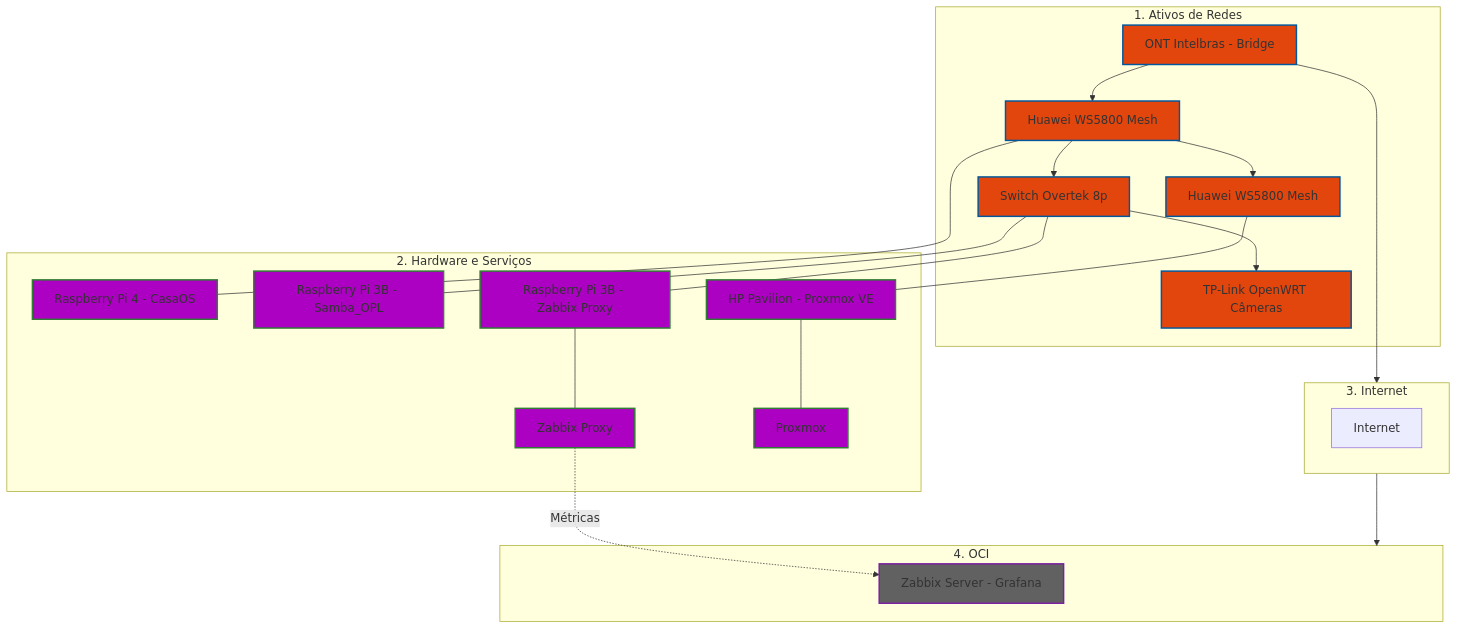
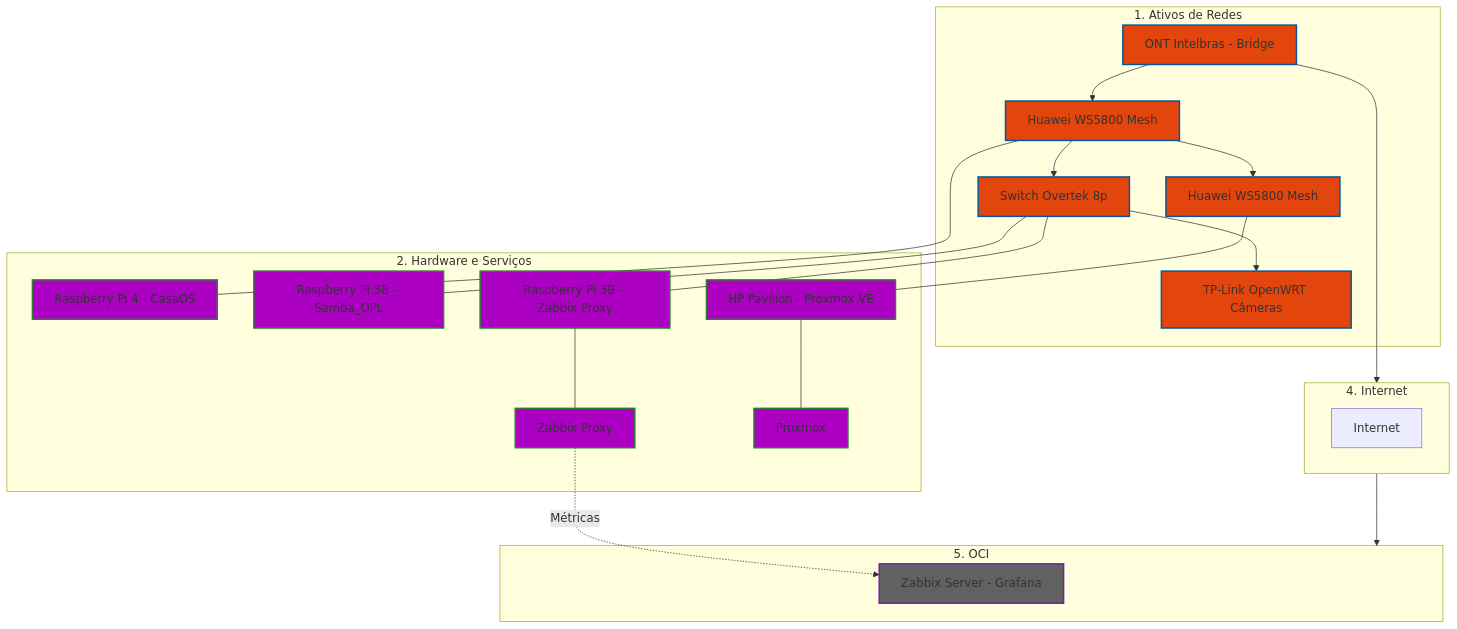
Before and after one commit to kevindexter22/Dr-Hardware-Autonet: the diagram in Infraestructure/README.md, drawn with Mermaid.

````diff
--- a/Infraestructure/README.md
+++ b/Infraestructure/README.md
@@ -13,46 +13,46 @@
 ```mermaid
 graph TD
     %% Estilos
     classDef rede fill:#e3460d,stroke:#01579b,stroke-width:2px;
     classDef hardware fill:#AC00C2,stroke:#2e7d32,stroke-width:2px;
     classDef internet fill:#fff3e0,stroke:#ef6c00,stroke-width:2px,stroke-dasharray: 5 5;
     classDef oci fill:#616161,stroke:#7b1fa2,stroke-width:2px;
 
     %% 1. ATIVOS DE REDE
     subgraph S1 [1. Ativos de Redes]
         ONT[ONT Intelbras - Bridge]:::rede --> R_Mesh1[Huawei WS5800 Mesh]:::rede
         R_Mesh1 --> R_Mesh2[Huawei WS5800 Mesh]:::rede
         R_Mesh1 --> SW1[Switch Overtek 8p]:::rede
         SW1 --> R_Cams[TP-Link OpenWRT Câmeras]:::rede
     end
 
     %% 2. HARDWARE E SERVIÇOS
     subgraph S2 [2. Hardware e Serviços]
         R_Mesh1 --- RPi4[Raspberry Pi 4 - CasaOS]:::hardware
         SW1 --- RPi3_1[Raspberry Pi 3B - Samba_OPL]:::hardware
         SW1 --- RPi3_2[Raspberry Pi 3B - Zabbix Proxy]:::hardware
         R_Mesh2 --- HP[HP Pavilion - Proxmox VE]:::hardware
         
         
         RPi3_2 --- ZP[Zabbix Proxy]:::hardware
         HP --- PVE[Proxmox]:::hardware
     end
 
-    %% 3. Internet (A PONTE)
-    subgraph S3 [3. Internet]
+    %% 4. Internet (A PONTE)
+    subgraph S4 [4. Internet]
            internet[Internet]
     end
 
-    %% 4. OCI
-    subgraph S4 [4. OCI]
+    %% 5. OCI
+    subgraph S5 [5. OCI]
         ZS[Zabbix Server - Grafana]:::oci
     end
 
     %% Conexões de Fluxo de Dados para manter a ordem
-    ONT --> S3
-    S3 --> S4
+    ONT --> S4
+    S4 --> S5
     
     %% Relacionamentos lógicos (setas duplas para replicação)
     ZP -.-> |Métricas| ZS
 
 ```
````
